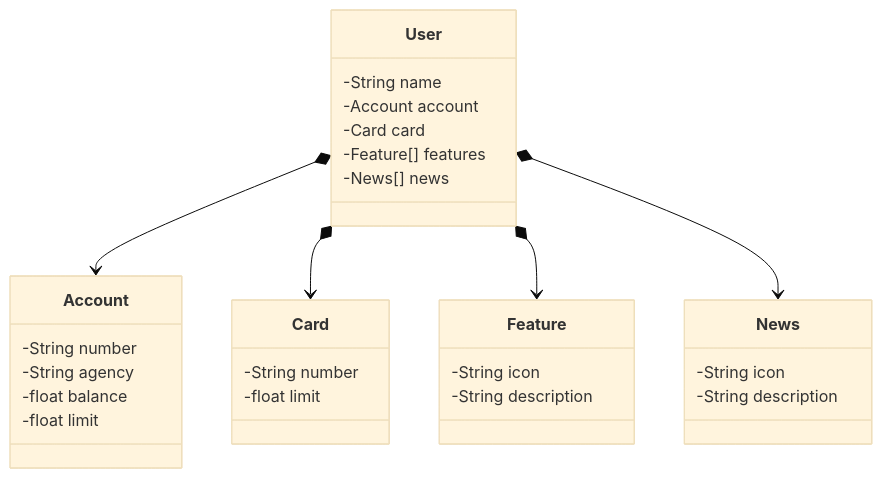
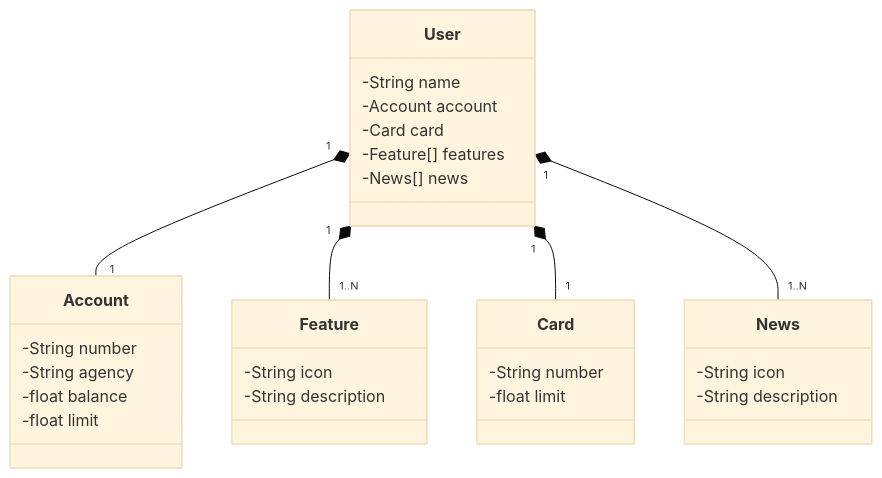
The diagram in santander-dev-week-2023/Santander Dev Week 2023 Java API.md (kaioabreu62/dio-trilha-java-avan-ado), drawn with Mermaid (base theme) before and after one commit.

Commit message:
Update Santander Dev Week 2023 Java API.md

````diff
--- a/santander-dev-week-2023/Santander Dev Week 2023 Java API.md
+++ b/santander-dev-week-2023/Santander Dev Week 2023 Java API.md
@@ -6,37 +6,37 @@
 ```mermaid
 classDiagram
     class User {
         -String name
         -Account account
         -Card card
         -Feature[] features
         -News[] news
     }
 
     class Account {
         -String number
         -String agency
         -float balance
         -float limit
     }
 
     class Card {
         -String number
         -float limit
     }
 
     class Feature {
         -String icon
         -String description
     }
 
     class News {
         -String icon
         -String description
     }
 
-    User *--> Account
-    User *--> Card
-    User *--> Feature
-    User *--> News
+    User "1" *-- "1" Account
+    User "1" *-- "1..N" Feature
+    User "1" *-- "1" Card
+    User "1" *-- "1..N" News
 ```
````
